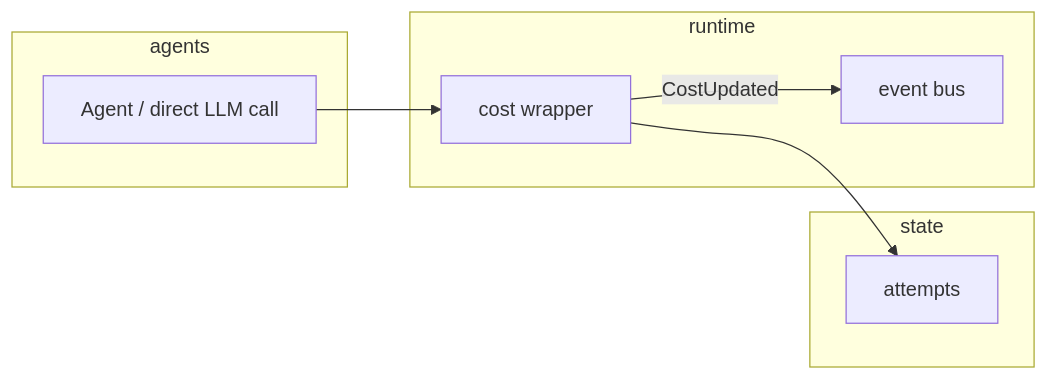
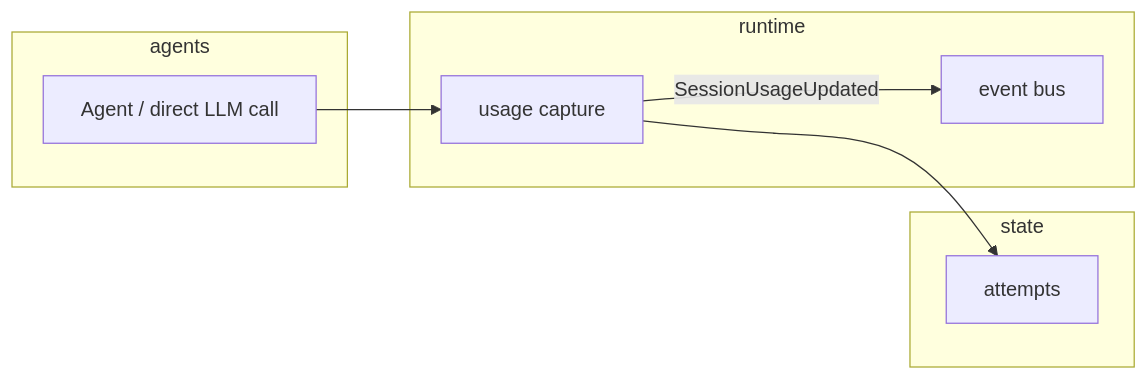
Diagram 11 of 33 in docs/ROADMAP.md (VENKATESHWARAN-R/dunder-mifflin-harness), drawn with Mermaid before and after one commit. The commit also changed other lines of this file and 38 other files, not shown here.

First line of the commit message:
feat: introduce session usage tracking and update commands

````diff
--- a/docs/ROADMAP.md
+++ b/docs/ROADMAP.md
@@ -517,16 +519,16 @@
 ```mermaid
 flowchart LR
   subgraph agents[agents]
     a[Agent / direct LLM call]
   end
   subgraph runtime[runtime]
-    ct[cost wrapper]
+    ct[usage capture]
     bus[event bus]
   end
   subgraph state[state]
     att[attempts]
   end
   a --> ct
   ct --> att
-  ct -->|CostUpdated| bus
+  ct -->|SessionUsageUpdated| bus
 ```
````
